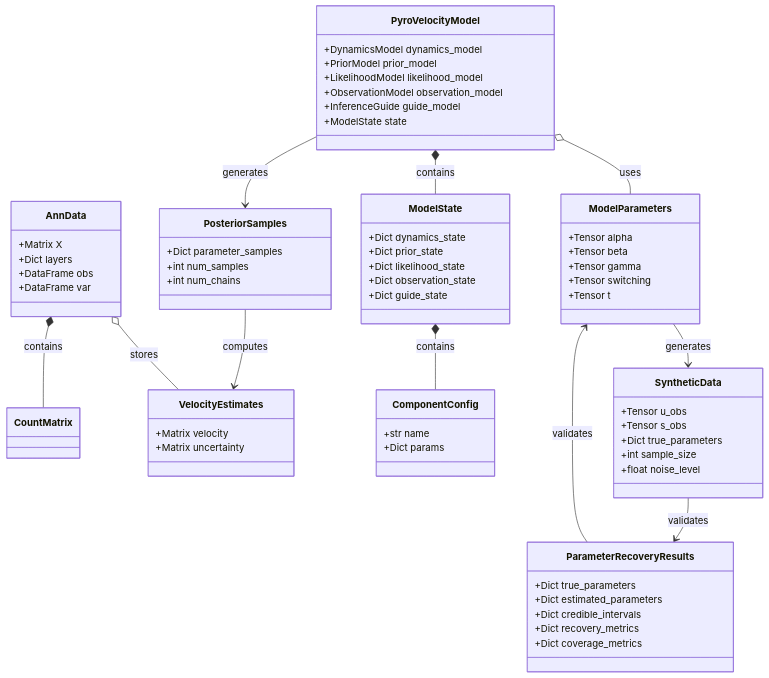
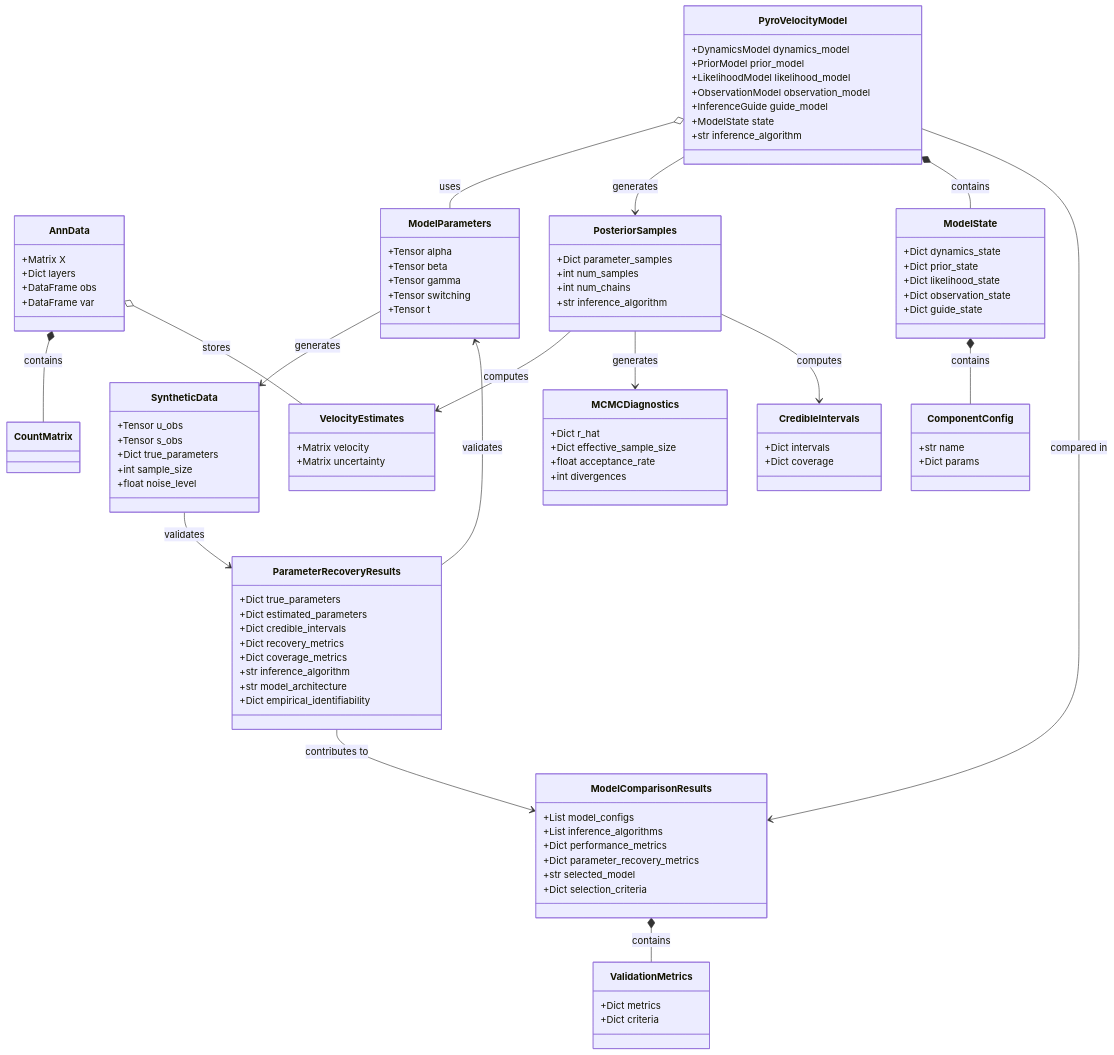
One commit to pinellolab/pyrovelocity changed the third of 4 diagrams in nbs/development/requirements.qmd. Above: the diagram before and after it, drawn with Mermaid. The commit also changed other lines of this file, not shown here.

Commit message:
docs(development): propagate model selection updates to requirements

````diff
--- a/nbs/development/requirements.qmd
+++ b/nbs/development/requirements.qmd
@@ -626,6 +760,11 @@
     ModelParameters --> SyntheticData : generates
     SyntheticData --> ParameterRecoveryResults : validates
     ParameterRecoveryResults --> ModelParameters : validates
+    PosteriorSamples --> MCMCDiagnostics : generates
+    PosteriorSamples --> CredibleIntervals : computes
+    ParameterRecoveryResults --> ModelComparisonResults : contributes to
+    ModelComparisonResults *-- ValidationMetrics : contains
+    PyroVelocityModel --> ModelComparisonResults : compared in
 
     class AnnData {
         +Matrix X
@@ -641,6 +780,7 @@
         +ObservationModel observation_model
         +InferenceGuide guide_model
         +ModelState state
+        +str inference_algorithm
     }
 
     class ModelParameters {
@@ -655,6 +795,7 @@
         +Dict parameter_samples
         +int num_samples
         +int num_chains
+        +str inference_algorithm
     }
 
     class VelocityEstimates {
@@ -689,5 +830,34 @@
         +Dict credible_intervals
         +Dict recovery_metrics
         +Dict coverage_metrics
+        +str inference_algorithm
+        +str model_architecture
+        +Dict empirical_identifiability
+    }
+
+    class ModelComparisonResults {
+        +List model_configs
+        +List inference_algorithms
+        +Dict performance_metrics
+        +Dict parameter_recovery_metrics
+        +str selected_model
+        +Dict selection_criteria
+    }
+
+    class MCMCDiagnostics {
+        +Dict r_hat
+        +Dict effective_sample_size
+        +float acceptance_rate
+        +int divergences
+    }
+
+    class CredibleIntervals {
+        +Dict intervals
+        +Dict coverage
+    }
+
+    class ValidationMetrics {
+        +Dict metrics
+        +Dict criteria
     }
 ```
````
